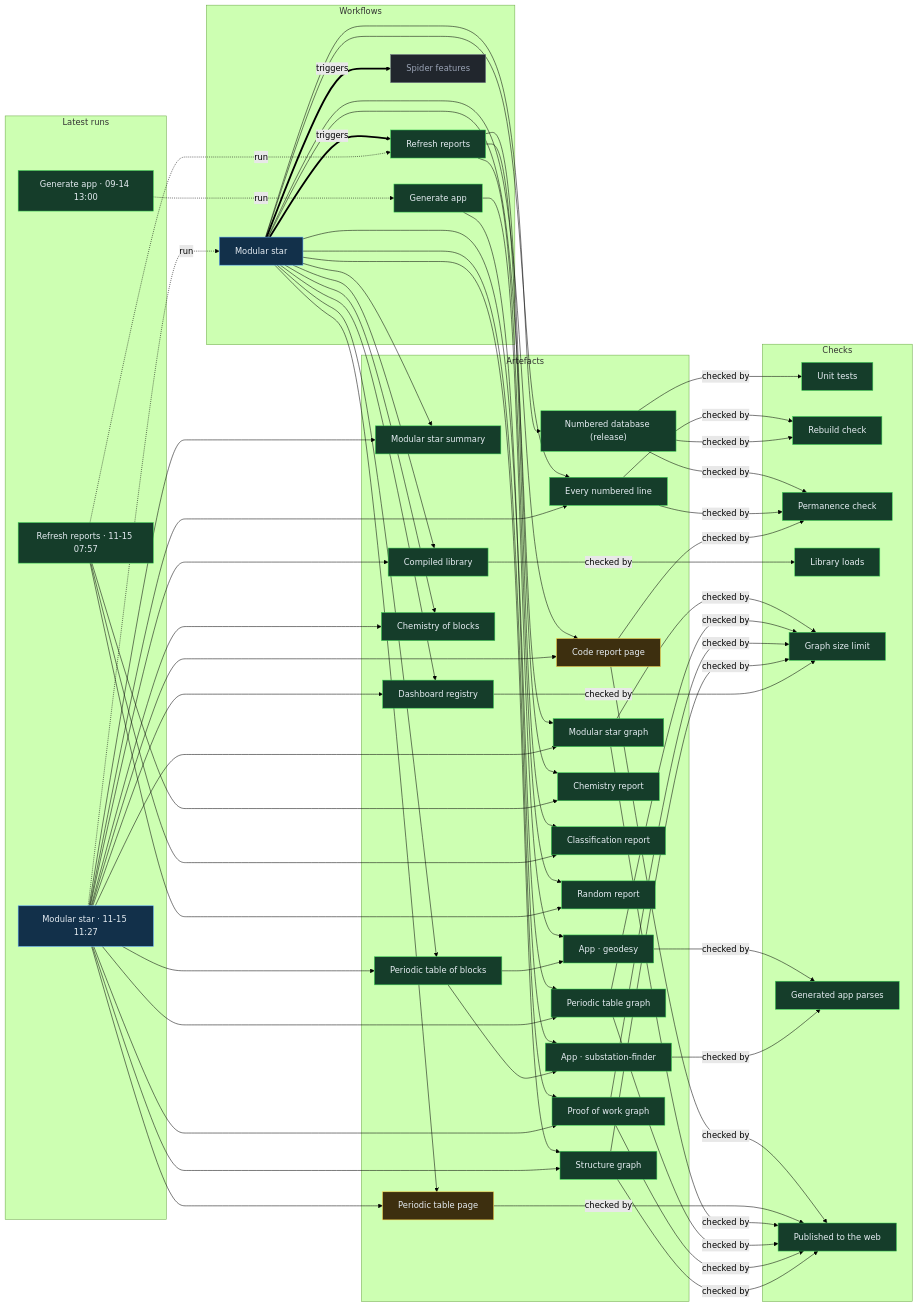
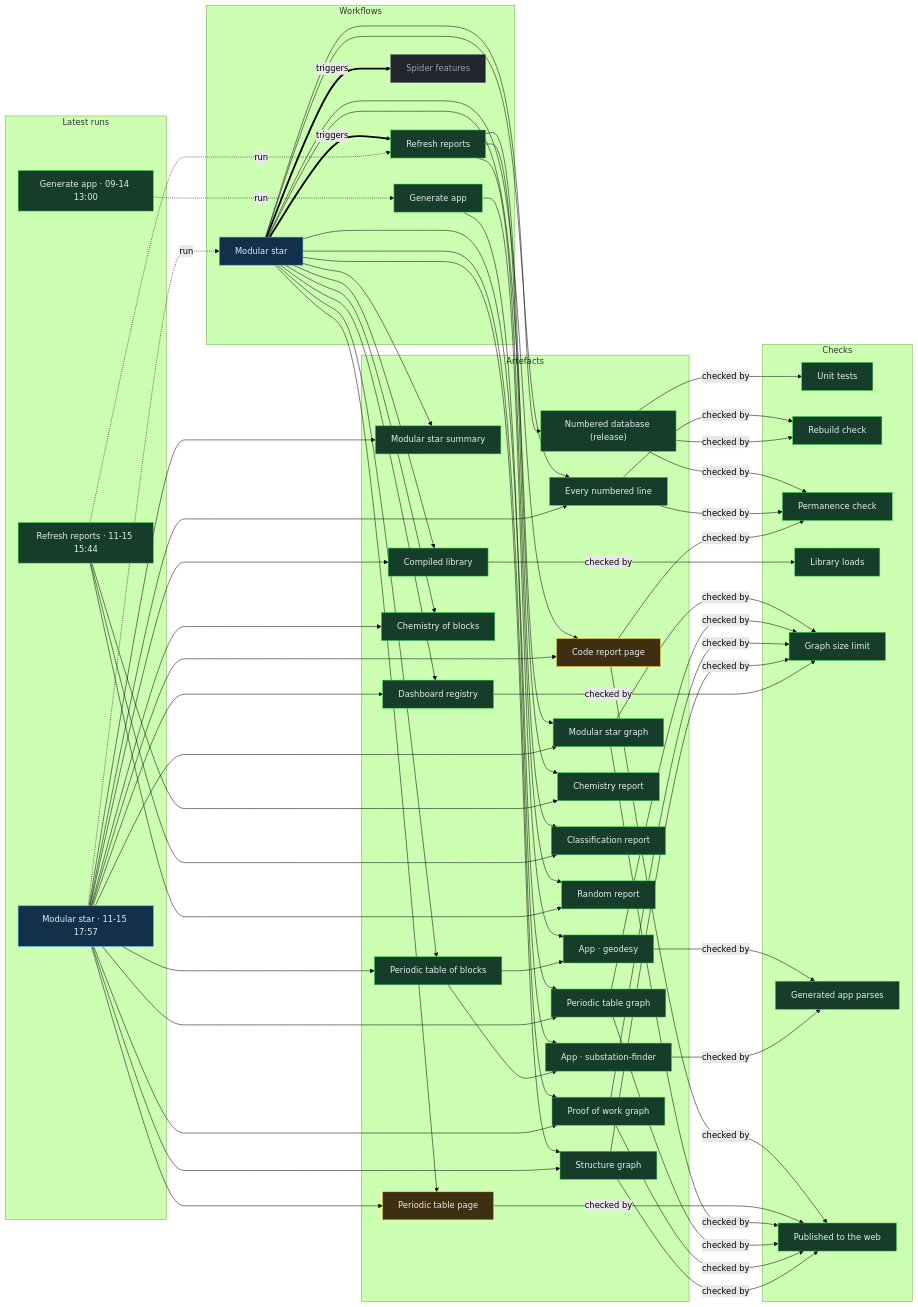
The diagram in proof/PROOF.md (Ventusltd/stars), drawn with Mermaid (forest theme) before and after one commit. The commit also changed other lines of this file and 60 other files, not shown here.

Commit message:
Modular star 2026-11-15T18:00Z

```diff
--- a/proof/PROOF.md
+++ b/proof/PROOF.md
@@ -24,8 +24,8 @@
   n_wf_spider_features["Spider features"]:::off
   end
   subgraph g_runs["Latest runs"]
-  n_run_43708978371["Modular star · 11-15 11:27"]:::live
-  n_run_43692264038["Refresh reports · 11-15 07:57"]:::ok
+  n_run_43743989655["Modular star · 11-15 17:57"]:::live
+  n_run_43731530469["Refresh reports · 11-15 15:44"]:::ok
   n_run_34846587798["Generate app · 09-14 13:00"]:::ok
   end
   subgraph g_artefacts["Artefacts"]
@@ -59,39 +59,39 @@
   end
   n_wf_modular_star == triggers ==> n_wf_refresh
   n_wf_modular_star == triggers ==> n_wf_spider_features
-  n_run_43708978371 -. run .-> n_wf_modular_star
-  n_run_43692264038 -. run .-> n_wf_refresh
+  n_run_43743989655 -. run .-> n_wf_modular_star
+  n_run_43731530469 -. run .-> n_wf_refresh
   n_run_34846587798 -. run .-> n_wf_generate
   n_wf_modular_star --> n_art_summary
-  n_run_43708978371 --> n_art_summary
+  n_run_43743989655 --> n_art_summary
   n_wf_modular_star --> n_art_lines
-  n_run_43708978371 --> n_art_lines
+  n_run_43743989655 --> n_art_lines
   n_wf_modular_star --> n_art_code
-  n_run_43708978371 --> n_art_code
+  n_run_43743989655 --> n_art_code
   n_wf_modular_star --> n_art_modular_graph
-  n_run_43708978371 --> n_art_modular_graph
+  n_run_43743989655 --> n_art_modular_graph
   n_wf_modular_star --> n_art_blocks
-  n_run_43708978371 --> n_art_blocks
+  n_run_43743989655 --> n_art_blocks
   n_wf_modular_star --> n_art_table
-  n_run_43708978371 --> n_art_table
+  n_run_43743989655 --> n_art_table
   n_wf_modular_star --> n_art_blocks_graph
-  n_run_43708978371 --> n_art_blocks_graph
+  n_run_43743989655 --> n_art_blocks_graph
   n_wf_modular_star --> n_art_reactions
-  n_run_43708978371 --> n_art_reactions
+  n_run_43743989655 --> n_art_reactions
   n_wf_modular_star --> n_art_library
-  n_run_43708978371 --> n_art_library
+  n_run_43743989655 --> n_art_library
   n_wf_modular_star --> n_art_features
-  n_run_43708978371 --> n_art_features
+  n_run_43743989655 --> n_art_features
   n_wf_modular_star --> n_art_proof
-  n_run_43708978371 --> n_art_proof
+  n_run_43743989655 --> n_art_proof
   n_wf_modular_star --> n_art_structure
-  n_run_43708978371 --> n_art_structure
+  n_run_43743989655 --> n_art_structure
   n_wf_refresh --> n_art_chemistry
-  n_run_43692264038 --> n_art_chemistry
+  n_run_43731530469 --> n_art_chemistry
   n_wf_refresh --> n_art_vedic
-  n_run_43692264038 --> n_art_vedic
+  n_run_43731530469 --> n_art_vedic
   n_wf_refresh --> n_art_random
-  n_run_43692264038 --> n_art_random
+  n_run_43731530469 --> n_art_random
   n_wf_modular_star --> n_art_release
   n_wf_generate --> n_app_geodesy
   n_art_blocks --> n_app_geodesy
```
